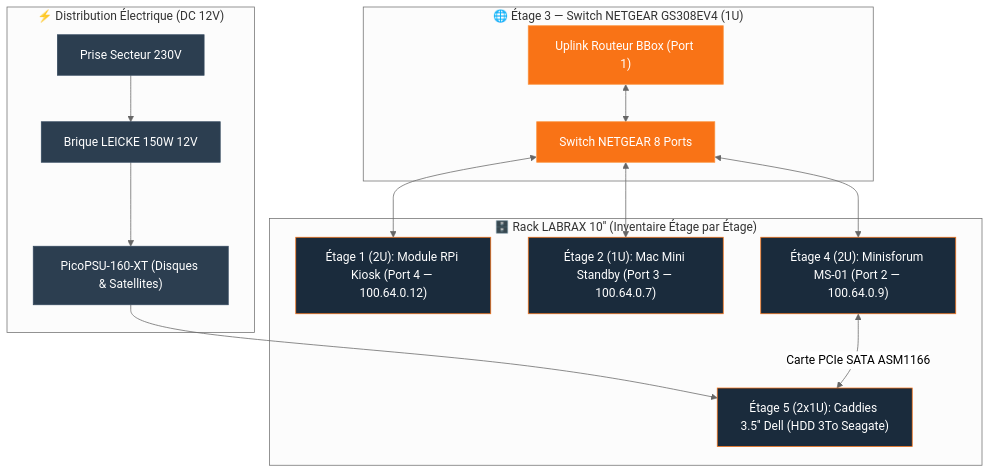
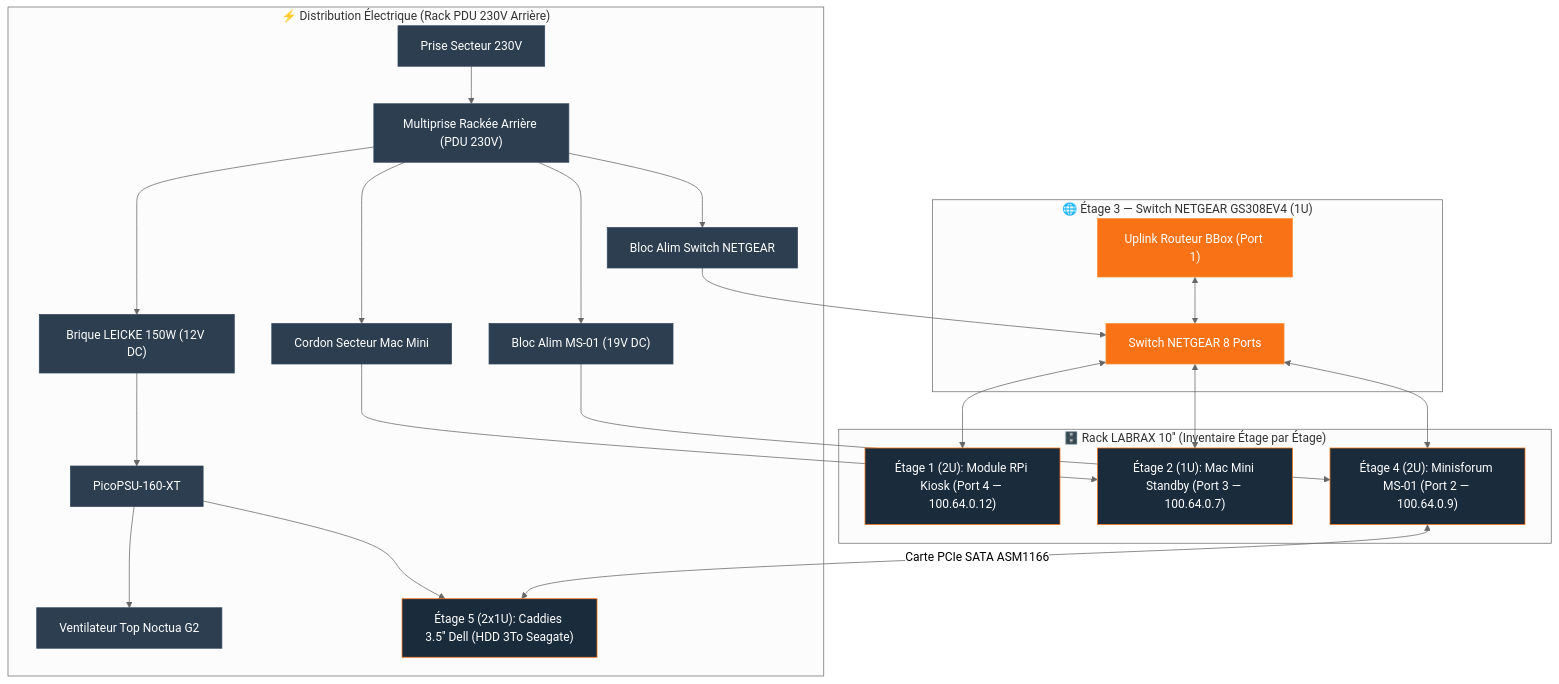
One commit to ims-world/docs changed the diagram in infrastructure/labrax.md. Above: the diagram before and after it, drawn with Mermaid (neutral theme). The commit also changed other lines of this file, not shown here.

Commit message:
docs(labrax): mise a jour complete du schema de distribution electrique (multiprise PDU 230V arriere, PicoPSU, alims MS-01, Switch et Mac Mini)

````diff
--- a/infrastructure/labrax.md
+++ b/infrastructure/labrax.md
@@ -60,37 +60,54 @@
 ```mermaid
 graph TB
-    subgraph POWER ["⚡ Distribution Électrique (DC 12V)"]
+    subgraph POWER_DIST ["⚡ Distribution Électrique (Rack PDU 230V Arrière)"]
         SECTEUR["Prise Secteur 230V"]
-        LEICKE["Brique LEICKE 150W 12V"]
-        PICO["PicoPSU-160-XT (Disques & Satellites)"]
-        SECTEUR --> LEICKE
+        PDU["Multiprise Rackée Arrière (PDU 230V)"]
+        
+        LEICKE["Brique LEICKE 150W (12V DC)"]
+        PICO["PicoPSU-160-XT"]
+        FAN["Ventilateur Top Noctua G2"]
+        
+        ALIM_SWITCH["Bloc Alim Switch NETGEAR"]
+        ALIM_MS01["Bloc Alim MS-01 (19V DC)"]
+        ALIM_MAC["Cordon Secteur Mac Mini"]
+
+        SECTEUR --> PDU
+        PDU --> LEICKE
         LEICKE --> PICO
+        PICO --> FAN
+        PICO --> HDD_DISKS
+
+        PDU --> ALIM_SWITCH
+        PDU --> ALIM_MS01
+        PDU --> ALIM_MAC
     end
 
     subgraph SWITCH ["🌐 Étage 3 — Switch NETGEAR GS308EV4 (1U)"]
         NETGEAR["Switch NETGEAR 8 Ports"]
         BBOX["Uplink Routeur BBox (Port 1)"]
         BBOX <--> NETGEAR
+        ALIM_SWITCH --> NETGEAR
     end
 
     subgraph SLOTS ["🗄️ Rack LABRAX 10'' (Inventaire Étage par Étage)"]
         RPI["Étage 1 (2U): Module RPi Kiosk (Port 4 — 100.64.0.12)"]
         MAC_MINI["Étage 2 (1U): Mac Mini Standby (Port 3 — 100.64.0.7)"]
         MS01["Étage 4 (2U): Minisforum MS-01 (Port 2 — 100.64.0.9)"]
         HDD_DISKS["Étage 5 (2x1U): Caddies 3.5'' Dell (HDD 3To Seagate)"]
     end
 
+    ALIM_MS01 --> MS01
+    ALIM_MAC --> MAC_MINI
+
     NETGEAR <--> MS01
     NETGEAR <--> MAC_MINI
     NETGEAR <--> RPI
-
-    PICO --> HDD_DISKS
     MS01 <-->|Carte PCIe SATA ASM1166| HDD_DISKS
 
     classDef pwr fill:#2c3e50,stroke:#34495e,color:#fff;
     classDef net fill:#F97316,stroke:#FB923C,color:#fff;
     classDef node fill:#1a2b3c,stroke:#F97316,color:#fff;
-    class SECTEUR,LEICKE,PICO pwr;
+    class SECTEUR,PDU,LEICKE,PICO,FAN,ALIM_SWITCH,ALIM_MS01,ALIM_MAC pwr;
     class NETGEAR,BBOX net;
     class MS01,MAC_MINI,RPI,HDD_DISKS node;
 ```
````
